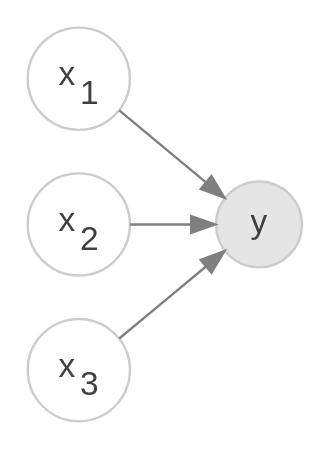
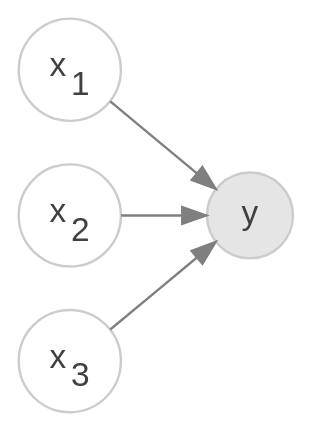
Before and after one commit to m-clark/sem: the diagram in scripts/SLiM.gv, drawn with Graphviz. The commit also changed 37 other files, not shown here.

```diff
--- a/scripts/SLiM.gv
+++ b/scripts/SLiM.gv
@@ -1,15 +1,15 @@
 digraph DAG {
 
-graph [rankdir = LR ]
+graph [rankdir = LR bgcolor=transparent]
 
 node [shape = circle, fontcolor=gray25 color=gray80]
 
 node [fontname="Helvetica"]
 x1 [label=<x<sub>1</sub>>]; x2 [label=<x<sub>2</sub>>]; x3 [label=<x<sub>3</sub>>]; 
 
 node [fillcolor=gray90 style=filled]
 y;
 
 edge [color=gray50 style=filled]
 x1 -> y; x2 -> y; x3 -> y;
 }
```
